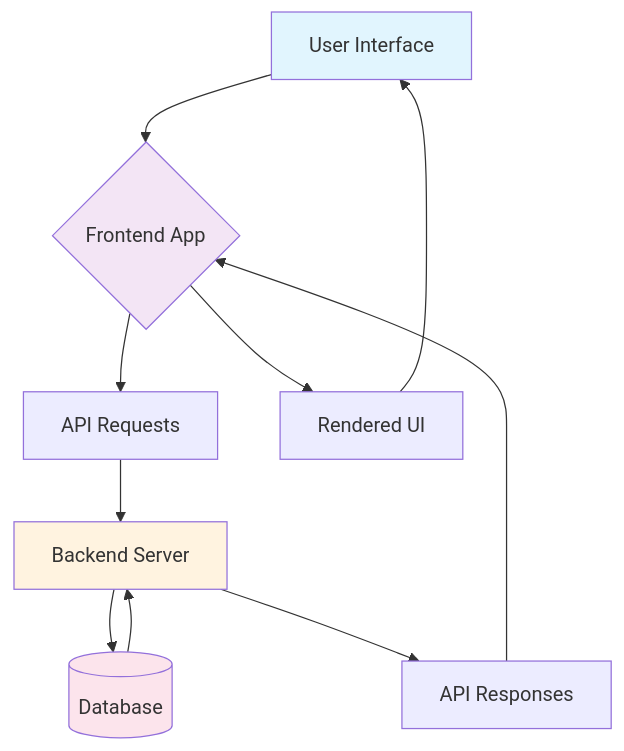
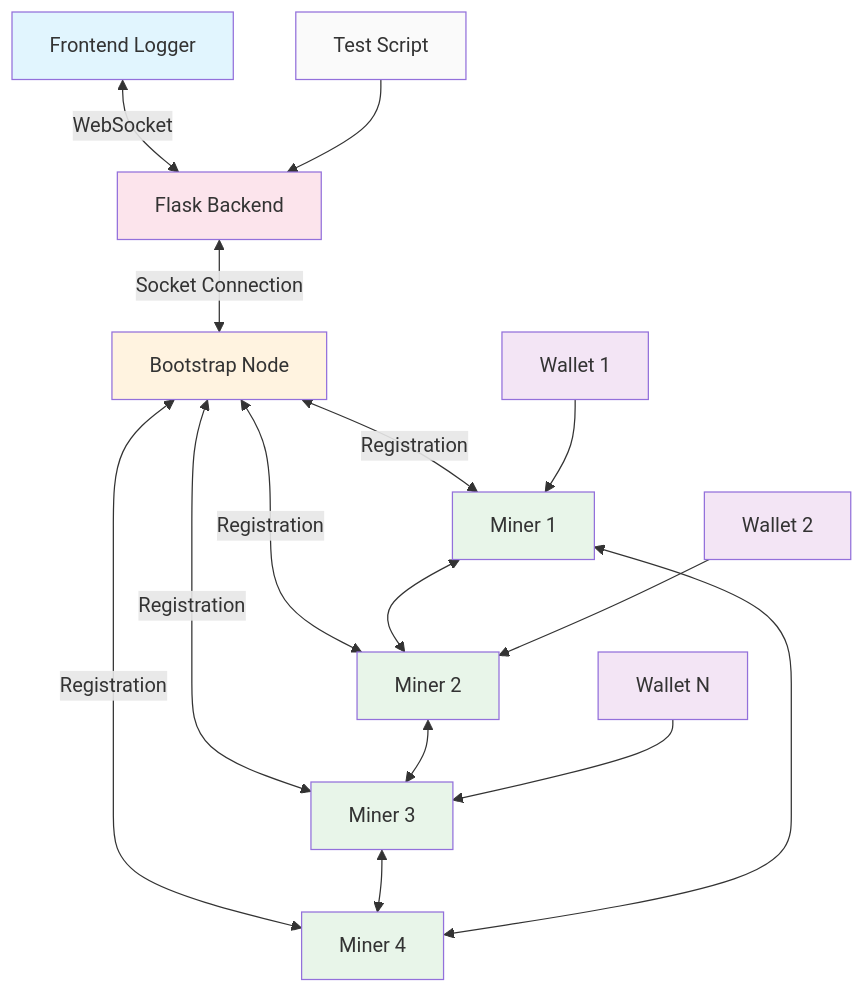
Before and after one commit to savagecarol/COMP41770Project_Kartikeya_Sharma: the first of 2 diagrams in README.md, drawn with Mermaid. The commit also changed other lines of this file, not shown here.

````diff
--- a/README.md
+++ b/README.md
@@ -14,17 +14,29 @@
 ```mermaid
 graph TD
-    A[User Interface] --> B{Frontend App}
-    B --> C[API Requests]
-    C --> D[Backend Server]
-    D --> E[(Database)]
-    E --> D
-    D --> F[API Responses]
-    F --> B
-    B --> G[Rendered UI]
-    G --> A
+    A[Frontend Logger] <--WebSocket--> B[Flask Backend]
+    B <--Socket Connection--> C[Bootstrap Node]
+    C <--Registration--> D[Miner 1]
+    C <--Registration--> E[Miner 2]
+    C <--Registration--> F[Miner 3]
+    C <--Registration--> G[Miner 4]
+    D <--> E
+    E <--> F
+    F <--> G
+    G <--> D
+    H[Wallet 1] --> D
+    I[Wallet 2] --> E
+    J[Wallet N] --> F
+    K[Test Script] --> B
     
     style A fill:#e1f5fe
-    style B fill:#f3e5f5
-    style D fill:#fff3e0
-    style E fill:#fce4ec
+    style B fill:#fce4ec
+    style C fill:#fff3e0
+    style D fill:#e8f5e9
+    style E fill:#e8f5e9
+    style F fill:#e8f5e9
+    style G fill:#e8f5e9
+    style H fill:#f3e5f5
+    style I fill:#f3e5f5
+    style J fill:#f3e5f5
+    style K fill:#fafafa
 ```
````
